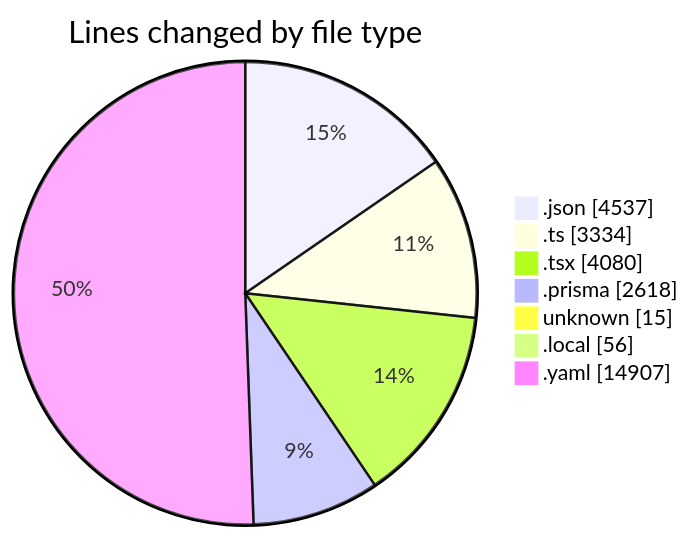
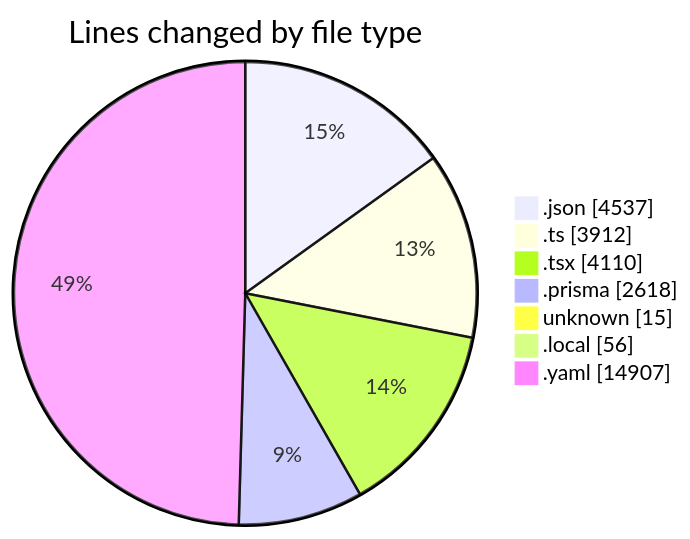
Before and after one commit to CELIANVF/code-tracking: the first of 2 diagrams in 2025-05-15/ecodeli-1/README.md, drawn with Mermaid. The commit also changed other lines of this file and 1 other file, not shown here.

````diff
--- a/2025-05-15/ecodeli-1/README.md
+++ b/2025-05-15/ecodeli-1/README.md
@@ -48,11 +52,11 @@
 ```mermaid
 pie showData
 title Lines changed by file type
 ".json" : 4537
-".ts" : 3334
-".tsx" : 4080
+".ts" : 3912
+".tsx" : 4110
 ".prisma" : 2618
 "unknown" : 15
 ".local" : 56
 ".yaml" : 14907
 ```
````
